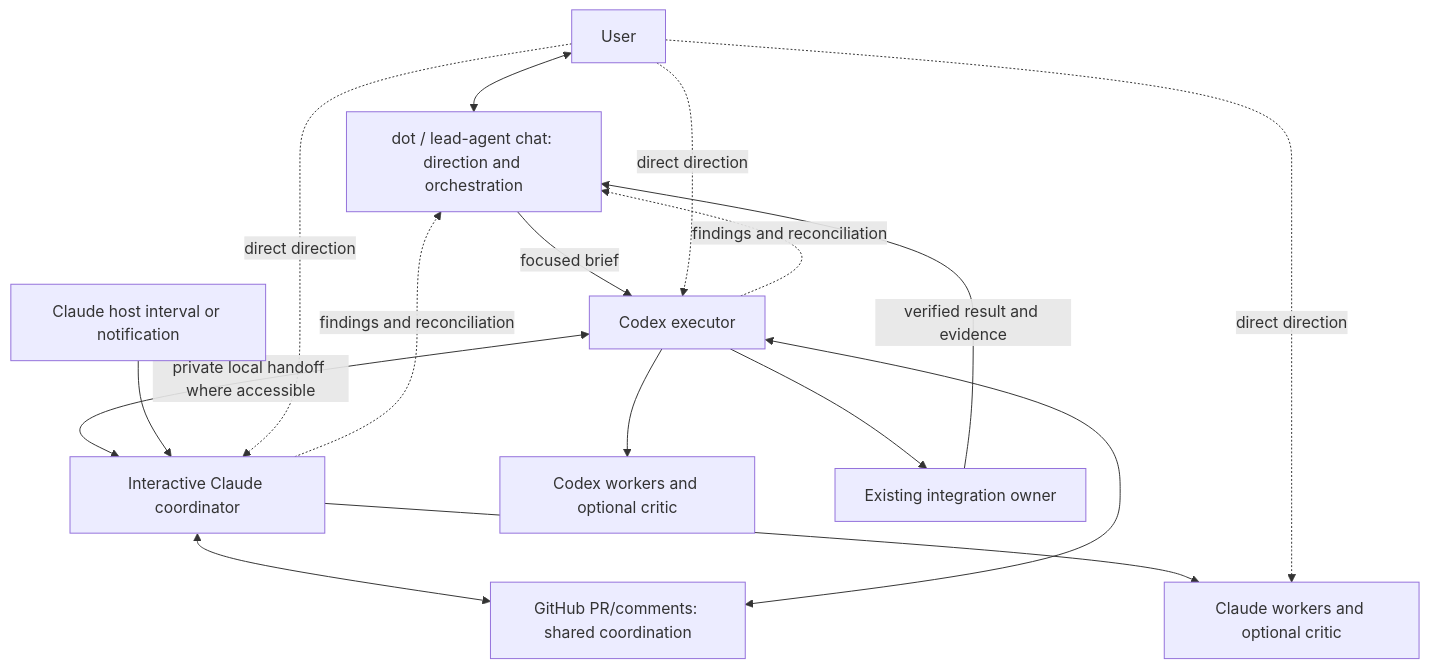
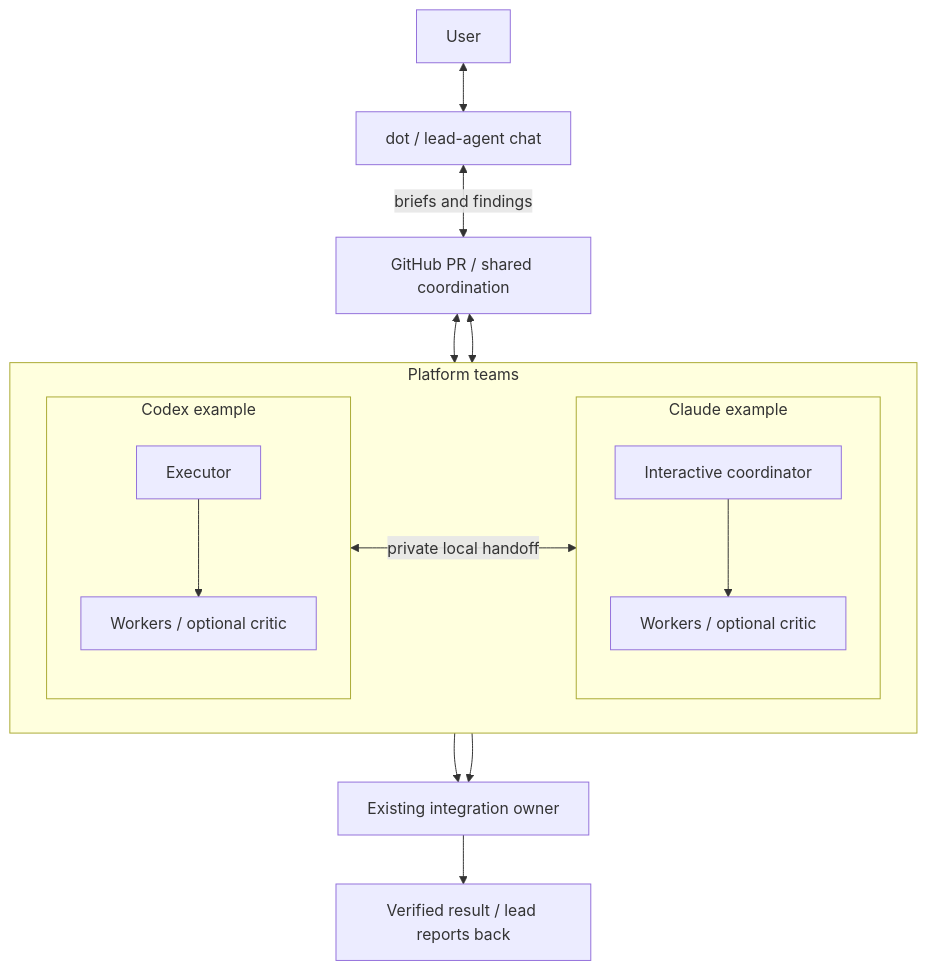
The diagram in README.md (deciduus/cross-harness-agent-mail), drawn with Mermaid before and after one commit. The commit also changed other lines of this file and 12 other files, not shown here.

````diff
--- a/README.md
+++ b/README.md
@@ -36,18 +36,22 @@
 ```mermaid
 flowchart TB
-  U[User] <--> L[dot / lead-agent chat: direction and orchestration]
-  L -->|focused brief| E[Codex executor]
-  C[Interactive Claude coordinator] <--> P[GitHub PR/comments: shared coordination]
-  E <--> P
-  E <-->|private local handoff where accessible| C
-  H[Claude host interval or notification] --> C
-  E --> A[Codex workers and optional critic]
-  C --> B[Claude workers and optional critic]
-  U -. direct direction .-> E
-  U -. direct direction .-> C
-  U -. direct direction .-> B
-  E -. findings and reconciliation .-> L
-  C -. findings and reconciliation .-> L
-  E --> I[Existing integration owner]
-  I -->|verified result and evidence| L
+  U[User] <--> L[dot / lead-agent chat]
+  L <-->|briefs and findings| P[GitHub PR / shared coordination]
+  subgraph T[Platform teams]
+    direction LR
+    subgraph X[Codex example]
+      direction TB
+      E[Executor] --> A[Workers / optional critic]
+    end
+    subgraph Y[Claude example]
+      direction TB
+      C[Interactive coordinator] --> B[Workers / optional critic]
+    end
+    E <-->|private local handoff| C
+  end
+  P <--> E
+  P <--> C
+  A --> I[Existing integration owner]
+  B --> I
+  I --> V[Verified result / lead reports back]
 ```
````
